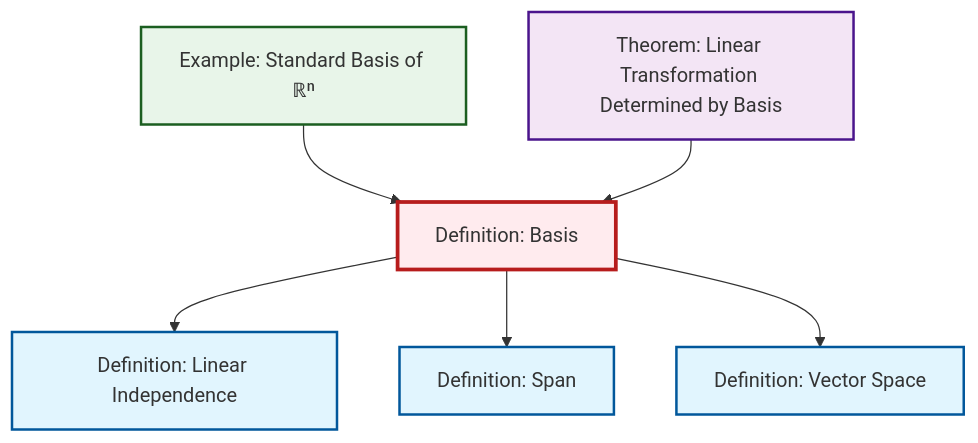
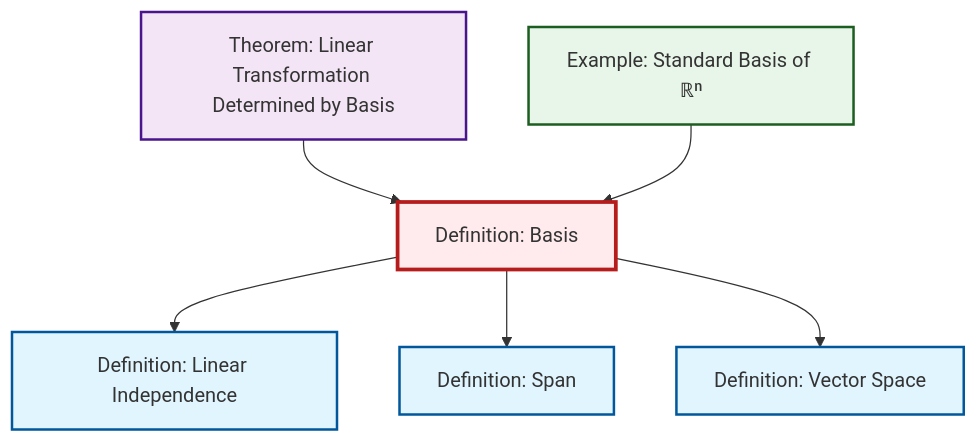
Before and after one commit to RK0429/ModernMath: the diagram in content/en/algebra/def-basis.qmd, drawn with Mermaid. The commit also changed other lines of this file and 417 other files, not shown here.

````diff
--- a/content/en/algebra/def-basis.qmd
+++ b/content/en/algebra/def-basis.qmd
@@ -48,26 +48,26 @@
 ```{mermaid}
 %%| fig-cap: "Local dependency graph"
 graph TD
     classDef definition fill:#e1f5fe,stroke:#01579b,stroke-width:2px
     classDef theorem fill:#f3e5f5,stroke:#4a148c,stroke-width:2px
     classDef axiom fill:#fff3e0,stroke:#e65100,stroke-width:2px
     classDef example fill:#e8f5e9,stroke:#1b5e20,stroke-width:2px
     classDef current fill:#ffebee,stroke:#b71c1c,stroke-width:3px
+    def-linear-independence["Definition: Linear Independence"]:::definition
+    def-vector-space["Definition: Vector Space"]:::definition
+    def-span["Definition: Span"]:::definition
     ex-standard-basis-rn["Example: Standard Basis of ℝⁿ"]:::example
     def-basis["Definition: Basis"]:::definition
     thm-linear-transformation-basis["Theorem: Linear Transformation Determined by Basis"]:::theorem
-    def-linear-independence["Definition: Linear Independence"]:::definition
-    def-span["Definition: Span"]:::definition
-    def-vector-space["Definition: Vector Space"]:::definition
-    ex-standard-basis-rn --> def-basis
+    thm-linear-transformation-basis --> def-basis
     def-basis --> def-linear-independence
     def-basis --> def-span
+    ex-standard-basis-rn --> def-basis
     def-basis --> def-vector-space
-    thm-linear-transformation-basis --> def-basis
     class def-basis current
+    click def-linear-independence "def-linear-independence.html" "Go to Linear Independence definition"
+    click def-vector-space "def-vector-space.html" "Go to Vector Space definition"
+    click def-span "def-span.html" "Go to Span definition"
     click ex-standard-basis-rn "ex-standard-basis-rn.html" "Go to Standard Basis of ℝⁿ example"
     click thm-linear-transformation-basis "thm-linear-transformation-basis.html" "Go to Linear Transformation Determined by Basis theorem"
-    click def-linear-independence "def-linear-independence.html" "Go to Linear Independence definition"
-    click def-span "def-span.html" "Go to Span definition"
-    click def-vector-space "def-vector-space.html" "Go to Vector Space definition"
 ```
````
